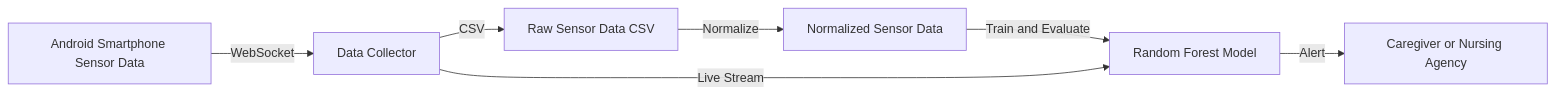
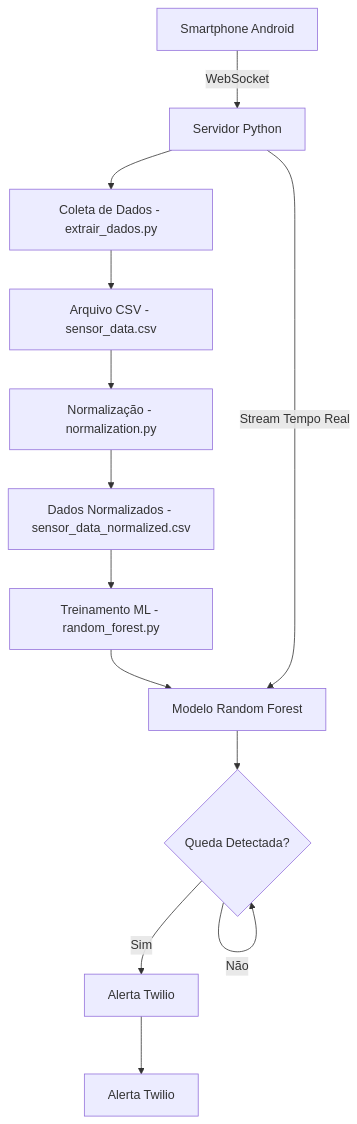
The first of 4 diagrams in README.md (edgargalvao/smartphone-based-fall-detection), drawn with Mermaid before and after one commit. The commit also changed other lines of this file, not shown here.

````diff
--- a/README.md
+++ b/README.md
@@ -16,12 +9,15 @@
 ```mermaid
-graph LR
-    A[Android Smartphone Sensor Data] -->|WebSocket| B[Data Collector]
-    B -->|CSV| C[Raw Sensor Data CSV]
-    C -->|Normalize| D[Normalized Sensor Data]
-    D -->|Train and Evaluate| E[Random Forest Model]
-    B -->|Live Stream| E
-    E -->|Alert| F[Caregiver or Nursing Agency]
-
-
-
+graph TB
+    A[Smartphone Android] -->|WebSocket| B[Servidor Python]
+    B --> C[Coleta de Dados - extrair_dados.py]
+    C --> D[Arquivo CSV - sensor_data.csv]
+    D --> E[Normalização - normalization.py]
+    E --> F[Dados Normalizados - sensor_data_normalized.csv]
+    F --> G[Treinamento ML - random_forest.py]
+    G --> H[Modelo Random Forest]
+    B -->|Stream Tempo Real| H
+    H --> I{Queda Detectada?}
+    I -->|Sim| J[Alerta Twilio]
+    I -->|Não| I
+    J --> L[Alerta Twilio]
 ```
````
